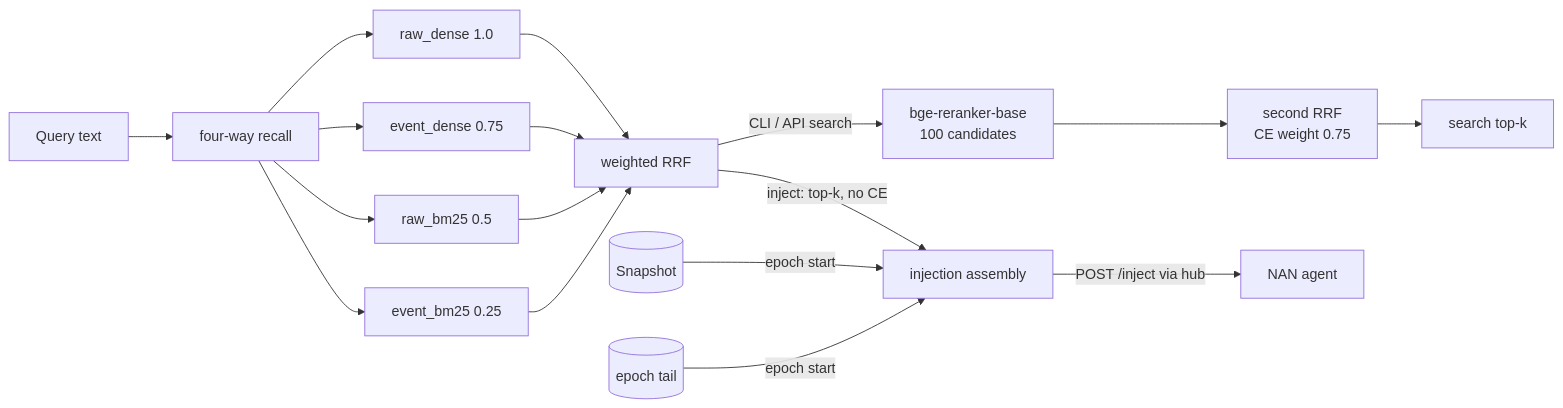
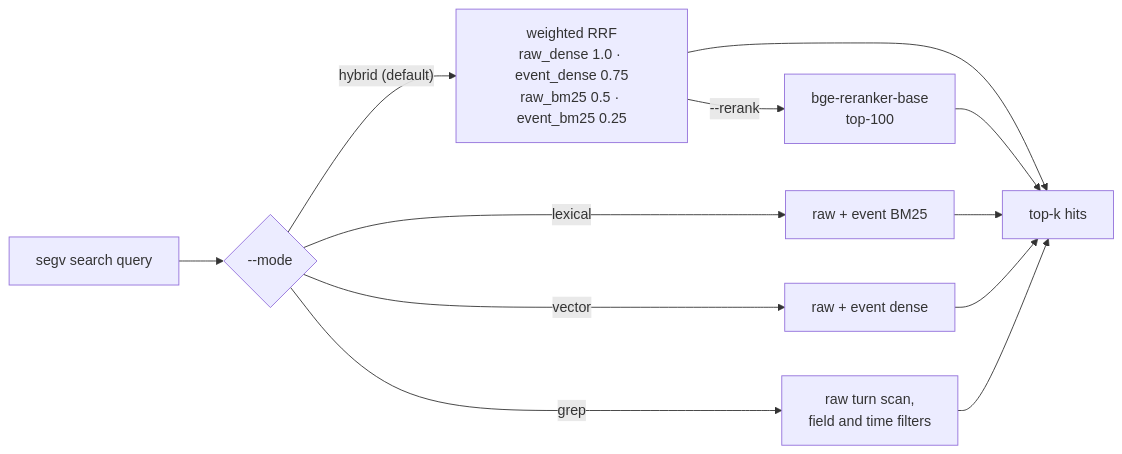
One commit to DarkSpaceY/NAN-itself changed the third of 4 diagrams in workspace/services/segv/README.md. Above: the diagram before and after it, drawn with Mermaid. The commit also changed other lines of this file and 19 other files, not shown here.

````diff
--- a/workspace/services/segv/README.md
+++ b/workspace/services/segv/README.md
@@ -132,21 +138,14 @@
 ```mermaid
 flowchart LR
-    Q["Query text"] --> R["four-way recall"]
-    R --> R1["raw_dense 1.0"]
-    R --> R2["event_dense 0.75"]
-    R --> R3["raw_bm25 0.5"]
-    R --> R4["event_bm25 0.25"]
-    R1 --> F["weighted RRF"]
-    R2 --> F
-    R3 --> F
-    R4 --> F
-
-    F -->|"CLI / API search"| CE["bge-reranker-base<br/>100 candidates"]
-    CE --> F2["second RRF<br/>CE weight 0.75"]
-    F2 --> K["search top-k"]
-
-    F -->|"inject: top-k, no CE"| P["injection assembly"]
-    SN[("Snapshot")] -->|"epoch start"| P
-    TL[("epoch tail")] -->|"epoch start"| P
-    P -->|"POST /inject via hub"| A["NAN agent"]
+    Q["segv search query"] --> M{"--mode"}
+    M -->|"hybrid (default)"| F["weighted RRF<br/>raw_dense 1.0 · event_dense 0.75<br/>raw_bm25 0.5 · event_bm25 0.25"]
+    M -->|"lexical"| B["raw + event BM25"]
+    M -->|"vector"| D["raw + event dense"]
+    M -->|"grep"| G["raw turn scan,<br/>field and time filters"]
+    F -->|"--rerank"| CE["bge-reranker-base<br/>top-100"]
+    F --> K["top-k hits"]
+    CE --> K
+    B --> K
+    D --> K
+    G --> K
 ```
````
